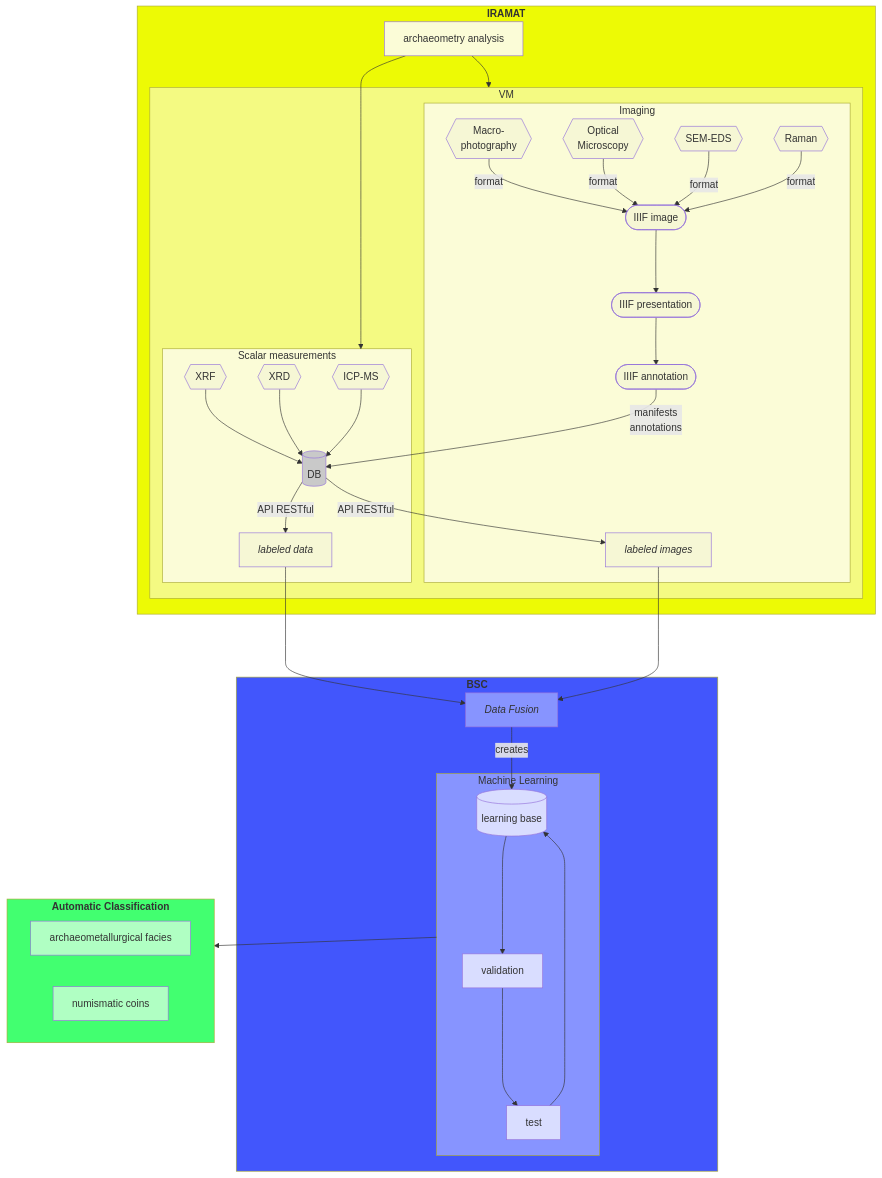
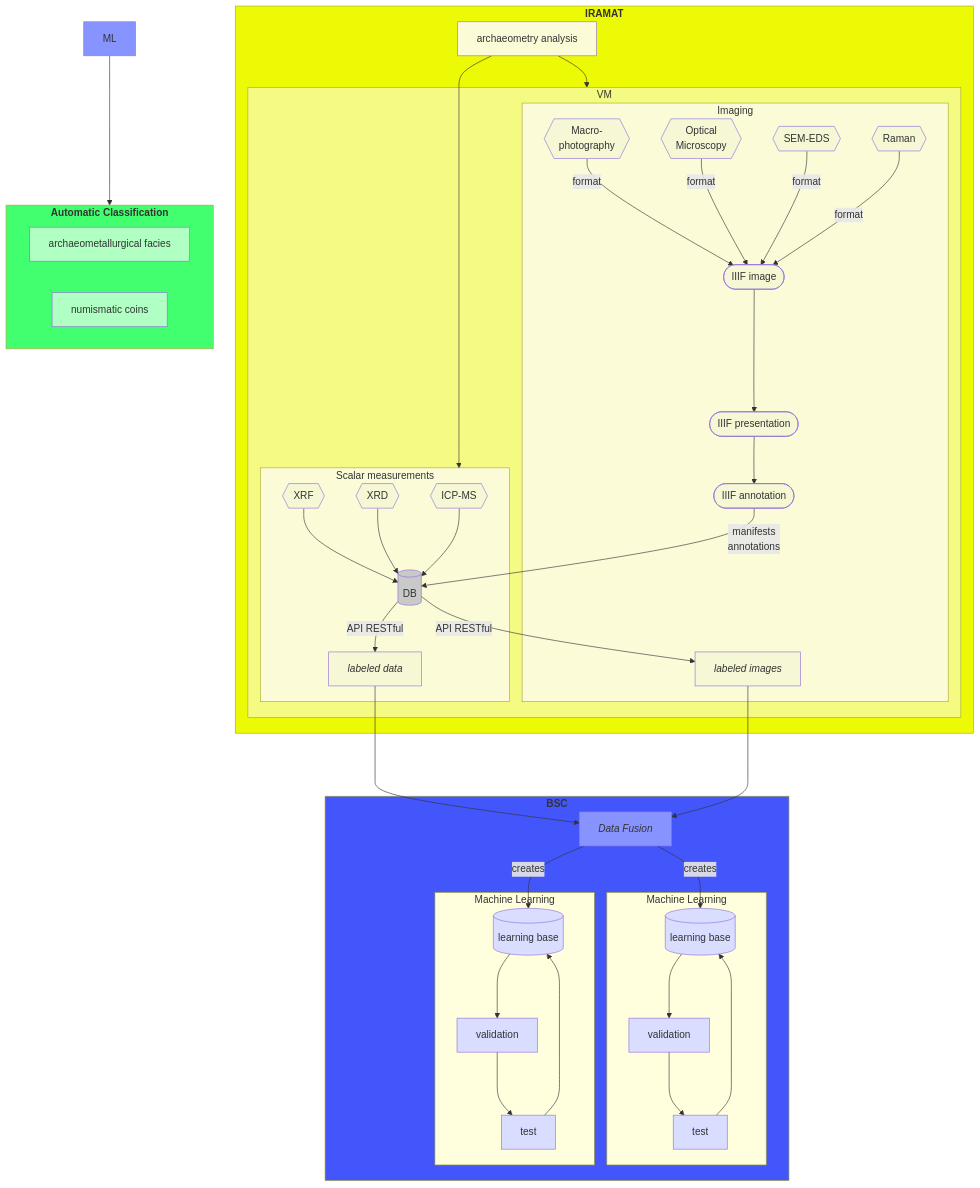
The diagram in talks/2026-bsc/README.md (iramat/iramat-dev), drawn with Mermaid before and after one commit.

Commit message:
2 lanes ML

```diff
--- a/talks/2026-bsc/README.md
+++ b/talks/2026-bsc/README.md
@@ -33,11 +33,17 @@
   APIdata ---> PyExtract[<em>Data Fusion</em>]
   APIimg ---> PyExtract
   subgraph BSC[<b>BSC</b>]
-    PyExtract -- creates --> MLlearn[(learning base)]
-    subgraph ML[Machine Learning]
-      MLlearn ---> MLvalid[validation]
-      MLvalid ---> MLtest[test]
-      MLtest --> MLlearn
+    PyExtract -- creates --> MLlearn1[(learning base)]
+    subgraph ML1[Machine Learning]
+      MLlearn1 ---> MLvalid1[validation]
+      MLvalid1 ---> MLtest1[test]
+      MLtest1 --> MLlearn1
+    end
+    PyExtract -- creates --> MLlearn2[(learning base)]
+    subgraph ML2[Machine Learning]
+      MLlearn2 ---> MLvalid2[validation]
+      MLvalid2 ---> MLtest2[test]
+      MLtest2 --> MLlearn2
     end
   end
     subgraph out[<b>Automatic Classification</b>]
@@ -70,9 +76,12 @@
 style BSC fill:#4256fc
 style PyExtract fill:#8794ff
 style ML fill:#8794ff
-style MLlearn fill:#d9ddff
-style MLvalid fill:#d9ddff
-style MLtest fill:#d9ddff
+style MLlearn1 fill:#d9ddff
+style MLvalid1 fill:#d9ddff
+style MLtest1 fill:#d9ddff
+style MLlearn2 fill:#d9ddff
+style MLvalid2 fill:#d9ddff
+style MLtest2 fill:#d9ddff
 
 style out fill:#42ff70
 style ResMet fill:#b0ffc3
```
